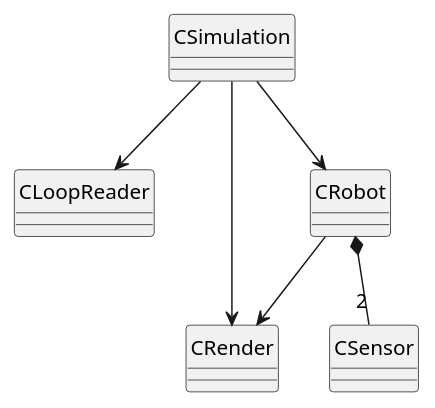
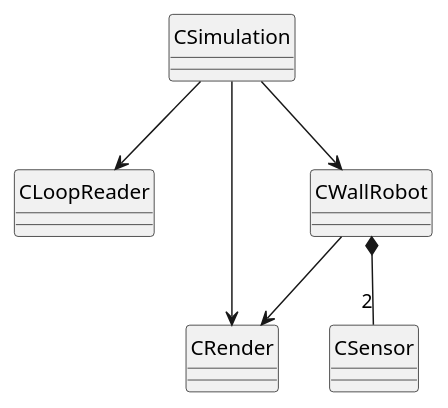
The diagram in A1/design.puml (Cod-Luo/MTRX3760-lab-2), drawn with PlantUML before and after one commit. The commit also changed 18 other files, not shown here.

First line of the commit message:
Rename CRobot to CWallRobot across assignments

```diff
--- a/A1/design.puml
+++ b/A1/design.puml
@@ -1,23 +1,23 @@
 @startuml
 ' Major classes only; value types (Vec2D, CPose) and libraries are omitted.
 skinparam classAttributeIconSize 0
 skinparam style strictuml
 
 class CSimulation
 class CLoopReader
 class CRender
-class CRobot
+class CWallRobot
 class CSensor
 
 ' Run() creates and uses local objects, not CSimulation data members.
 ' Association represents these uses.
 CSimulation --> CLoopReader
-CSimulation --> CRobot
+CSimulation --> CWallRobot
 CSimulation --> CRender
 
 ' The robot contains two sensor members; the diamond is at the owner.
-CRobot *-- "2" CSensor
+CWallRobot *-- "2" CSensor
 
 ' Draw() receives the shared renderer by reference.
-CRobot --> CRender
+CWallRobot --> CRender
 @enduml
```
